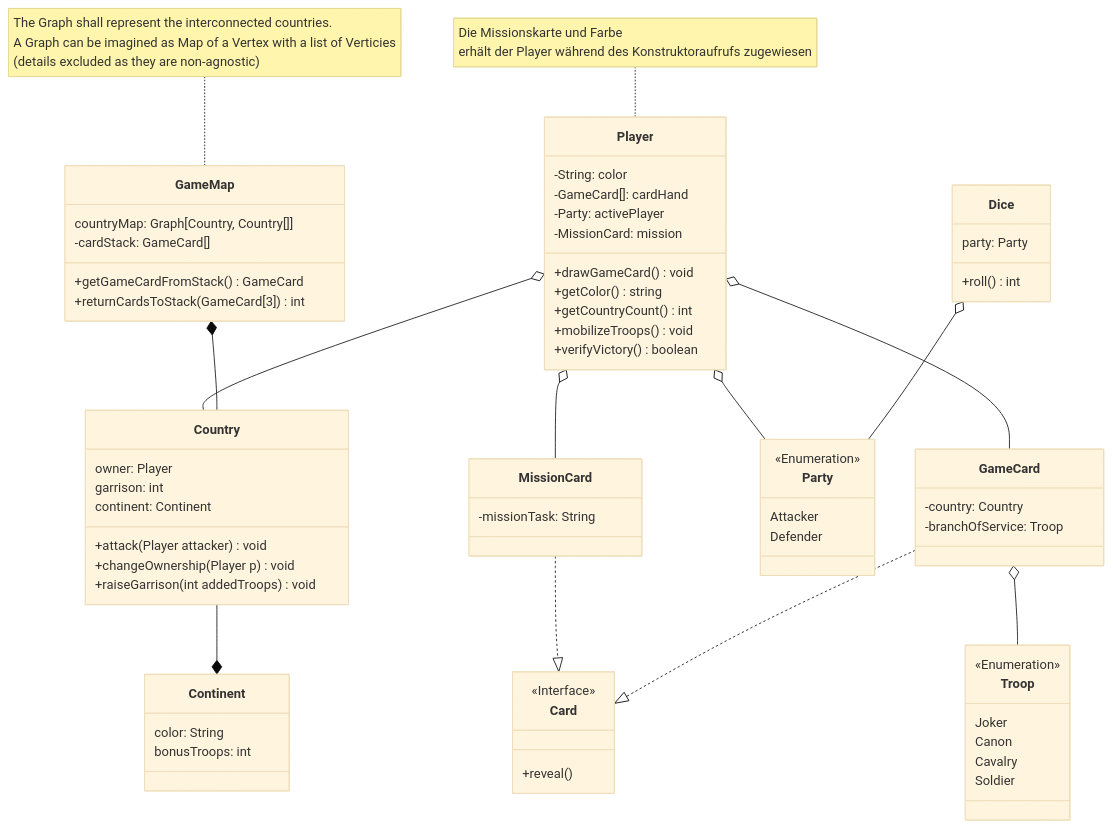
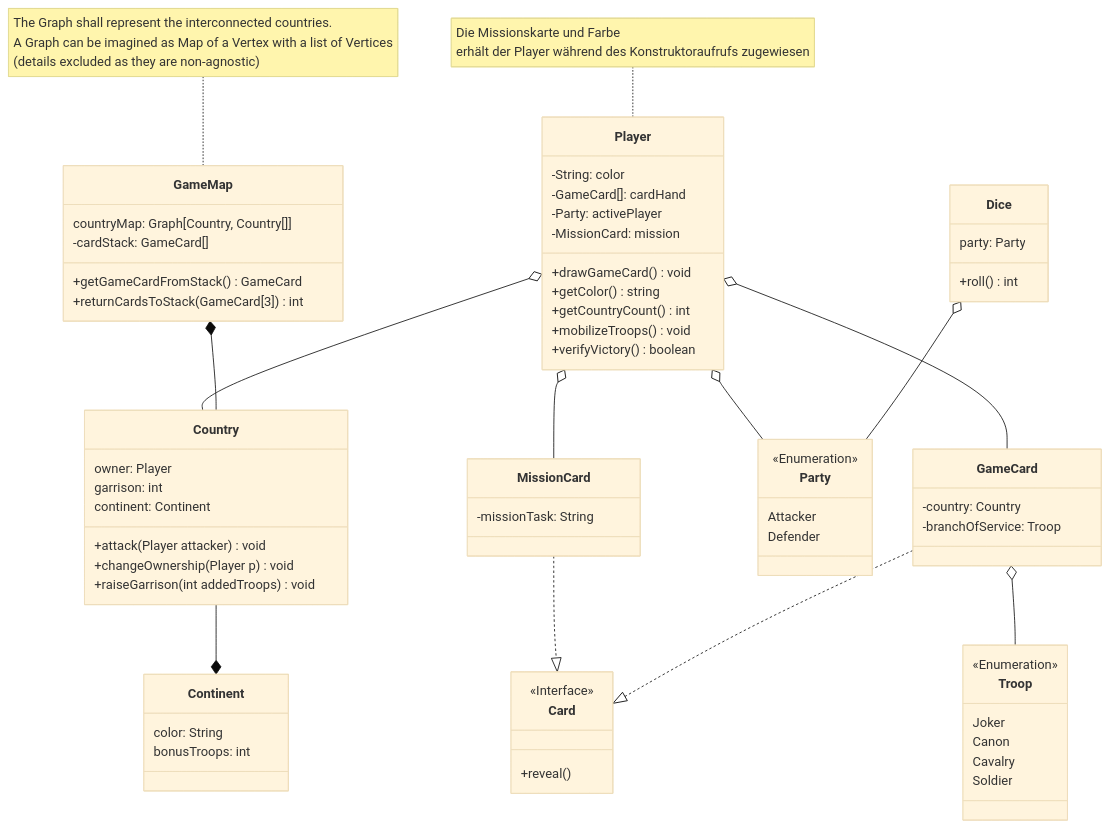
The diagram in CLASSDIAGRAM.md (Raqhael/risiko-engineering), drawn with Mermaid (base theme) before and after one commit.

````diff
--- a/CLASSDIAGRAM.md
+++ b/CLASSDIAGRAM.md
@@ -90,6 +90,6 @@
 
     %% Notes
     note for Game Map "The Graph shall represent the interconnected countries.
-    A Graph can be imagined as Map of a Vertex with a list of Verticies
+    A Graph can be imagined as Map of a Vertex with a list of Vertices
     (details excluded as they are non-agnostic)"
 ```
````
